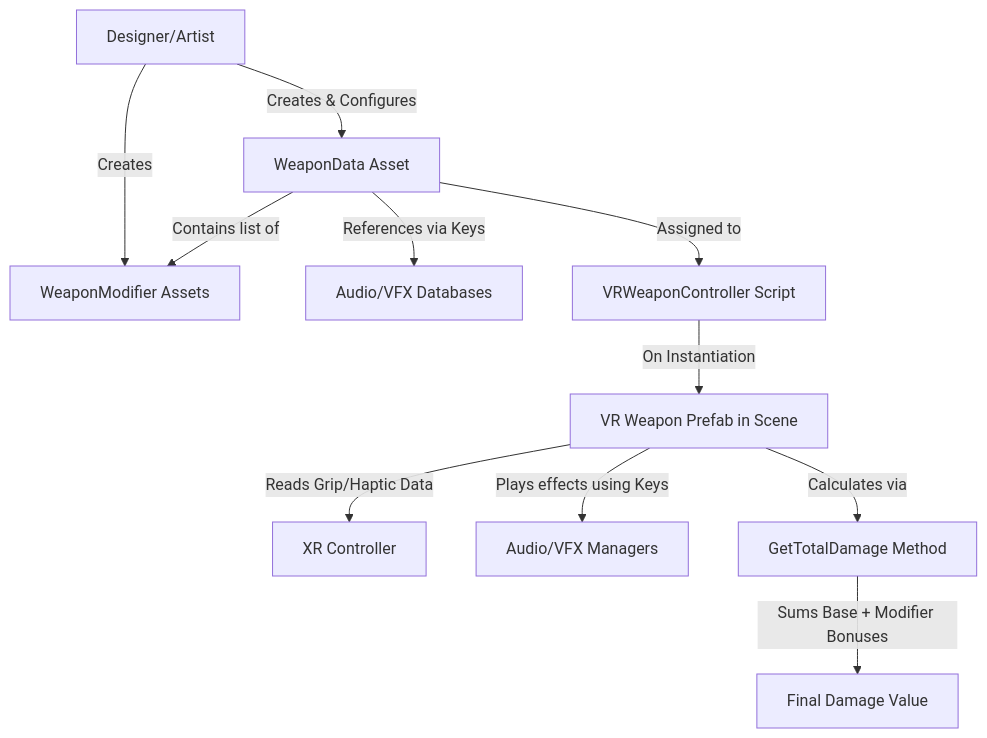
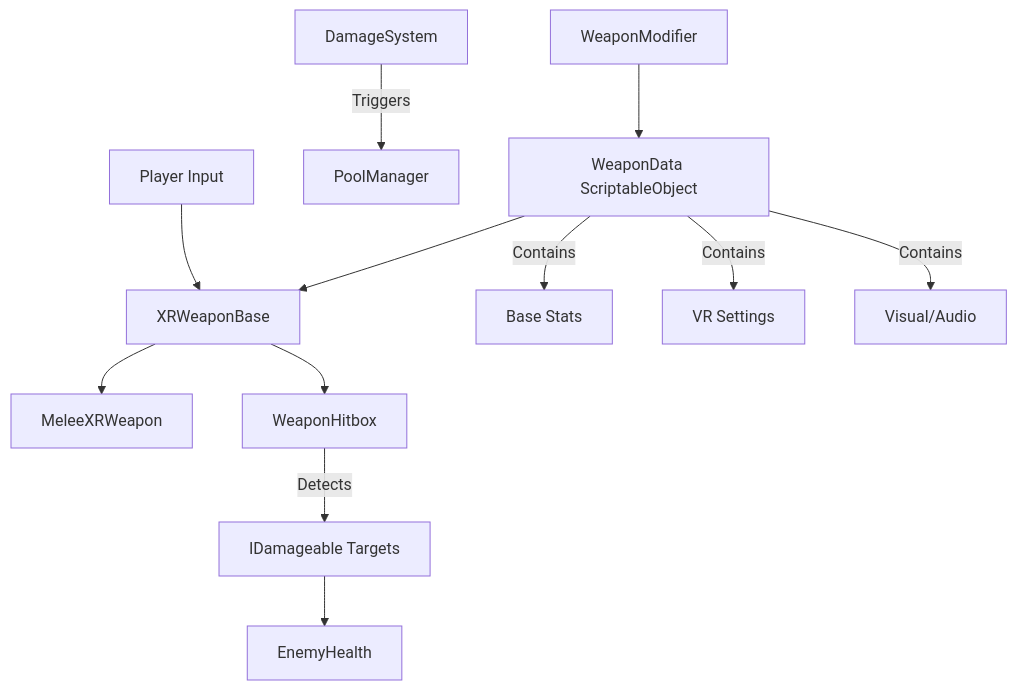
The first of 2 diagrams in Docs/Weapons.md (SBUplakankus/monsta-choppa-vr), drawn with Mermaid before and after one commit. The commit also changed other lines of this file and 8 other files, not shown here.

````diff
--- a/Docs/Weapons.md
+++ b/Docs/Weapons.md
@@ -32,16 +6,17 @@
 ```mermaid
-flowchart TD
-    A[Designer/Artist] -->|Creates & Configures| B[WeaponData Asset]
-    A -->|Creates| C[WeaponModifier Assets]
+graph TD
+    A[WeaponData ScriptableObject] --> B[XRWeaponBase]
+    B --> C[MeleeXRWeapon]
+    B --> D[WeaponHitbox]
     
-    B -->|Contains list of| C
-    B -->|References via Keys| D[Audio/VFX Databases]
-    B -->|Assigned to| E[VRWeaponController Script]
+    E[WeaponModifier] --> A
+    F[DamageSystem] -->|Triggers| G[PoolManager]
+    H[Player Input] --> B
     
-    E -->|On Instantiation| F[VR Weapon Prefab in Scene]
-    F -->|Reads Grip/Haptic Data| G[XR Controller]
-    F -->|Plays effects using Keys| H[Audio/VFX Managers]
+    A -->|Contains| I[Base Stats]
+    A -->|Contains| J[VR Settings]
+    A -->|Contains| K[Visual/Audio]
     
-    F -->|Calculates via| I[GetTotalDamage Method]
-    I -->|Sums Base + Modifier Bonuses| J[Final Damage Value]
+    D -->|Detects| L[IDamageable Targets]
+    L --> M[EnemyHealth]
 ```
````
